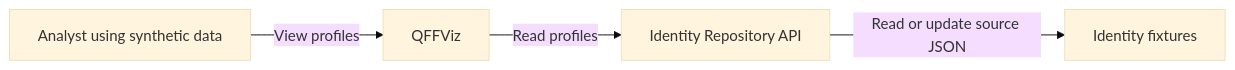
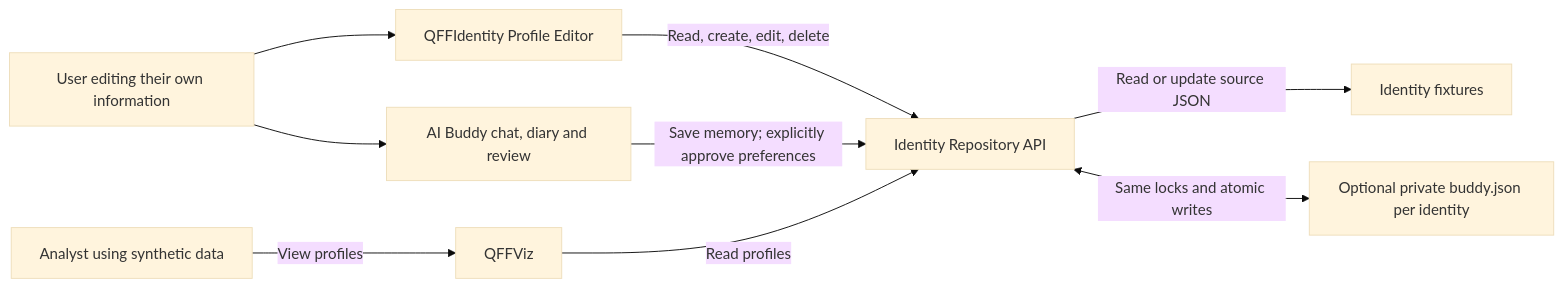
Before and after one commit to ZenMe-AU/ZBApp: the diagram in module/QFF/IdentityRepository/readme.md, drawn with Mermaid (base theme). The commit also changed other lines of this file and 2 other files, not shown here.

Commit message:
docs(qff): document identity and buddy workflows

````diff
--- a/module/QFF/IdentityRepository/readme.md
+++ b/module/QFF/IdentityRepository/readme.md
@@ -11,6 +11,11 @@
 ```mermaid
 flowchart LR
+  User["User editing their own information"] --> Editor["QFFIdentity Profile Editor"]
+  Editor -->|Read, create, edit, delete| Identity
+  User --> Buddy["AI Buddy chat, diary and review"]
+  Buddy -->|Save memory; explicitly approve preferences| Identity
   Analyst["Analyst using synthetic data"] -->|View profiles| Viz["QFFViz"]
   Viz -->|Read profiles| Identity["Identity Repository API"]
   Identity -->|Read or update source JSON| Files["Identity fixtures"]
+  Identity <-->|Same locks and atomic writes| Memory["Optional private buddy.json per identity"]
 ```
````
